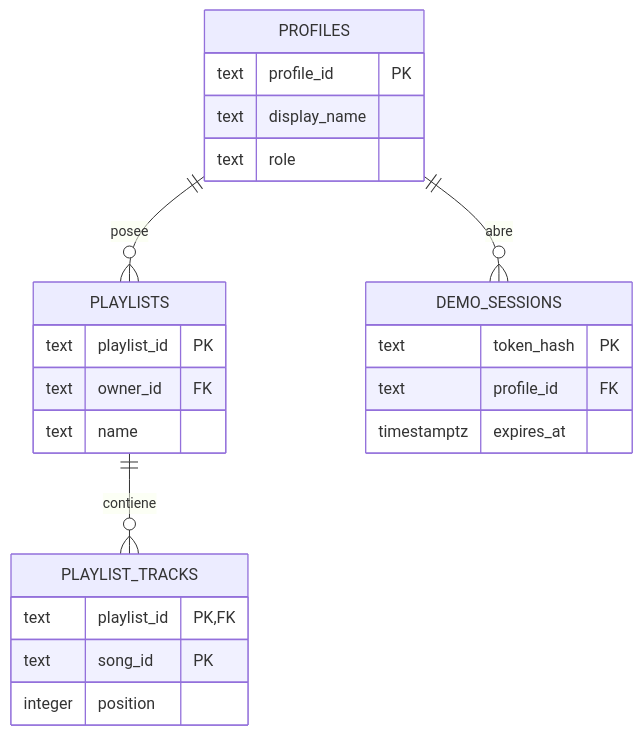
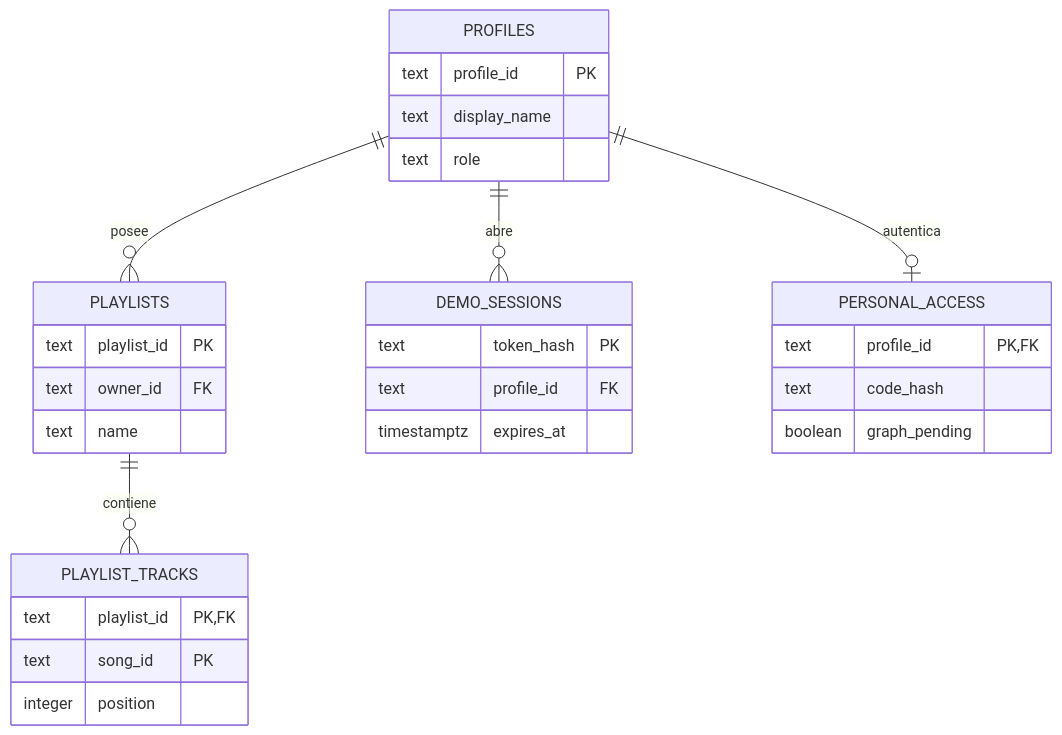
Before and after one commit to ArturoYJ/soundgraph: the second of 3 diagrams in docs/models/modelado-integrado.md, drawn with Mermaid. The commit also changed other lines of this file and 6 other files, not shown here.

````diff
--- a/docs/models/modelado-integrado.md
+++ b/docs/models/modelado-integrado.md
@@ -27,26 +27,32 @@
 ```mermaid
 erDiagram
     PROFILES ||--o{ PLAYLISTS : posee
     PROFILES ||--o{ DEMO_SESSIONS : abre
+    PROFILES ||--o| PERSONAL_ACCESS : autentica
     PLAYLISTS ||--o{ PLAYLIST_TRACKS : contiene
     PROFILES {
         text profile_id PK
         text display_name
         text role
     }
     PLAYLISTS {
         text playlist_id PK
         text owner_id FK
         text name
     }
     PLAYLIST_TRACKS {
         text playlist_id PK,FK
         text song_id PK
         integer position
     }
     DEMO_SESSIONS {
         text token_hash PK
         text profile_id FK
         timestamptz expires_at
     }
+    PERSONAL_ACCESS {
+        text profile_id PK,FK
+        text code_hash
+        boolean graph_pending
+    }
 ```
````
